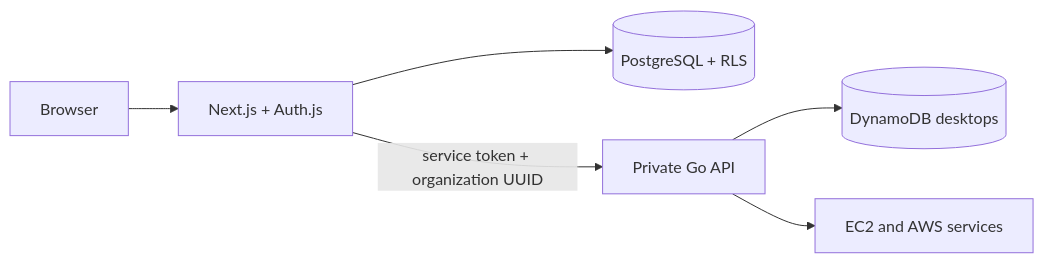
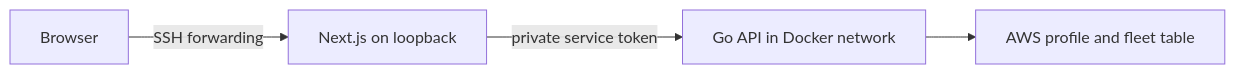
Before and after one commit to orchael/desktopctl: the diagram in docs/control-plane.md, drawn with Mermaid. The commit also changed other lines of this file and 89 other files, not shown here.

````diff
--- a/docs/control-plane.md
+++ b/docs/control-plane.md
@@ -5,8 +9,6 @@
 ```mermaid
 flowchart LR
-  Browser --> Next[Next.js + Auth.js]
-  Next --> Postgres[(PostgreSQL + RLS)]
-  Next -->|service token + organization UUID| Go[Private Go API]
-  Go --> Dynamo[(DynamoDB desktops)]
-  Go --> AWS[EC2 and AWS services]
+  Browser -->|SSH forwarding| Web[Next.js on loopback]
+  Web -->|private service token| API[Go API in Docker network]
+  API --> AWS[AWS profile and fleet table]
 ```
````
